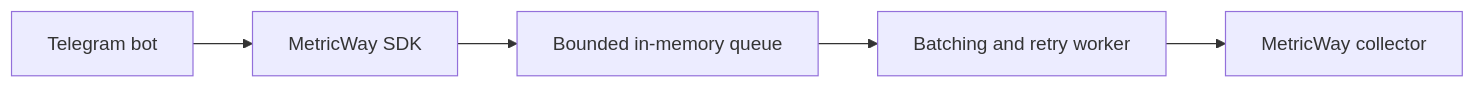
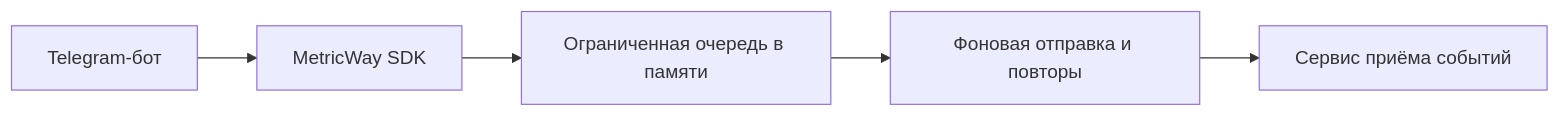
Before and after one commit to urlifeceo/metricway-sdk: the diagram in README.md, drawn with Mermaid. The commit also changed other lines of this file, not shown here.

````diff
--- a/README.md
+++ b/README.md
@@ -78,7 +82,7 @@
 ```mermaid
 flowchart LR
-    Bot[Telegram bot] --> SDK[MetricWay SDK]
-    SDK --> Queue[Bounded in-memory queue]
-    Queue --> Batch[Batching and retry worker]
-    Batch --> Collector[MetricWay collector]
+    Bot["Telegram-бот"] --> SDK["MetricWay SDK"]
+    SDK --> Queue["Ограниченная очередь в памяти"]
+    Queue --> Batch["Фоновая отправка и повторы"]
+    Batch --> Collector["Сервис приёма событий"]
 ```
````
